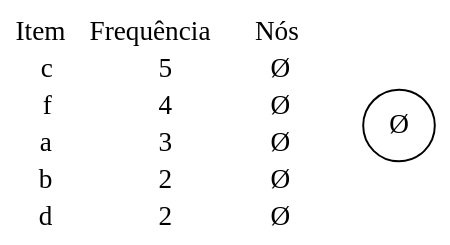
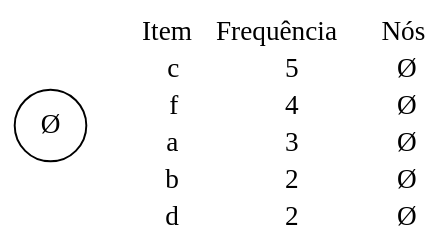
The first of 11 diagrams in notebook.org (gahag-notes/descriptive-learning), drawn with Graphviz before and after one commit. The commit also changed other lines of this file and 11 other files, not shown here.

```diff
--- a/notebook.org
+++ b/notebook.org
@@ -283,20 +287,20 @@
-    #+begin_src dot :file images/fp-tree-1.svg
-      graph g {
-        graph [ bgcolor = transparent ]
-        node [ shape=circle ]
-        tbl [
-          shape = plaintext
-          label = <
-            <table border='0' cellspacing='0'>
-              <tr><td>Item</td><td>Frequência</td><td>Nós</td></tr>
-              <tr><td>c</td><td>5</td><td>Ø</td></tr>
-              <tr><td>f</td><td>4</td><td>Ø</td></tr>
-              <tr><td>a</td><td>3</td><td>Ø</td></tr>
-              <tr><td>b</td><td>2</td><td>Ø</td></tr>
-              <tr><td>d</td><td>2</td><td>Ø</td></tr>
-            </table>
-          >
-        ]
-        Ø;
-      }
-    #+end_src
+       #+begin_src dot :file images/fp-tree-1.svg
+         graph g {
+           graph [ bgcolor = transparent ]
+           node [ shape=circle ]
+           Ø;
+           tbl [
+             shape = plaintext
+             label = <
+               <table border='0' cellspacing='0'>
+                 <tr><td>Item</td><td>Frequência</td><td>Nós</td></tr>
+                 <tr><td>c</td><td>5</td><td>Ø</td></tr>
+                 <tr><td>f</td><td>4</td><td>Ø</td></tr>
+                 <tr><td>a</td><td>3</td><td>Ø</td></tr>
+                 <tr><td>b</td><td>2</td><td>Ø</td></tr>
+                 <tr><td>d</td><td>2</td><td>Ø</td></tr>
+               </table>
+             >
+           ]
+         }
+       #+end_src
```
